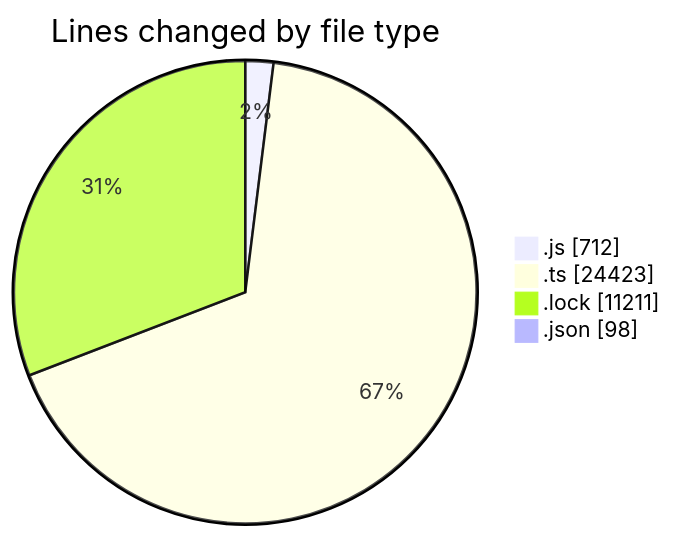
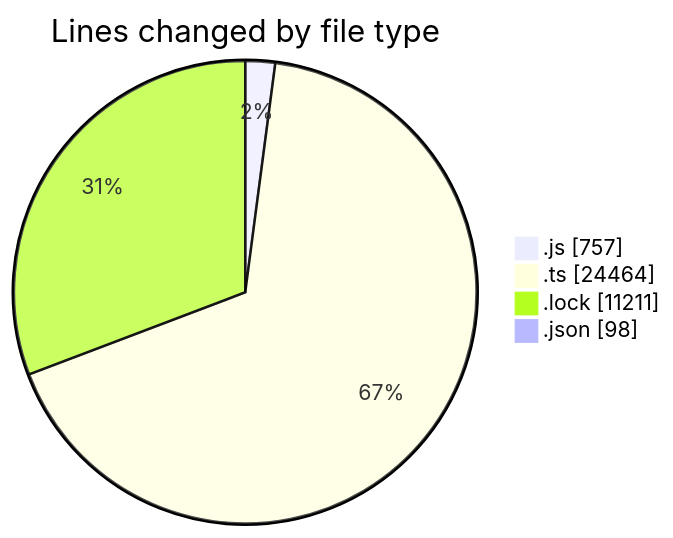
Before and after one commit to momahboobian/code-tracking: the first of 2 diagrams in 2025-05-27/cda/README.md, drawn with Mermaid. The commit also changed other lines of this file and 1 other file, not shown here.

````diff
--- a/2025-05-27/cda/README.md
+++ b/2025-05-27/cda/README.md
@@ -35,8 +35,8 @@
 ```mermaid
 pie showData
 title Lines changed by file type
-".js" : 712
-".ts" : 24423
+".js" : 757
+".ts" : 24464
 ".lock" : 11211
 ".json" : 98
 ```
````
